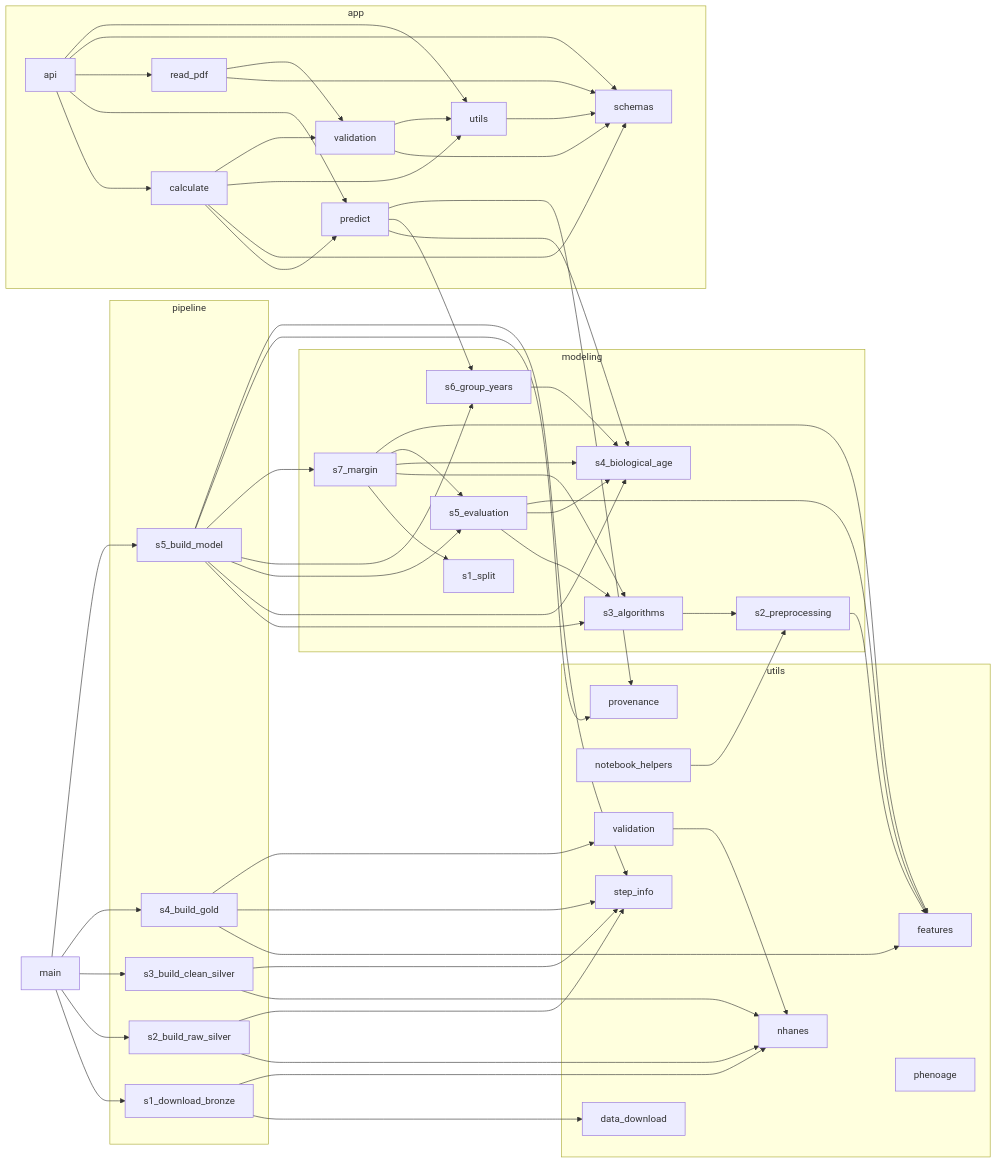
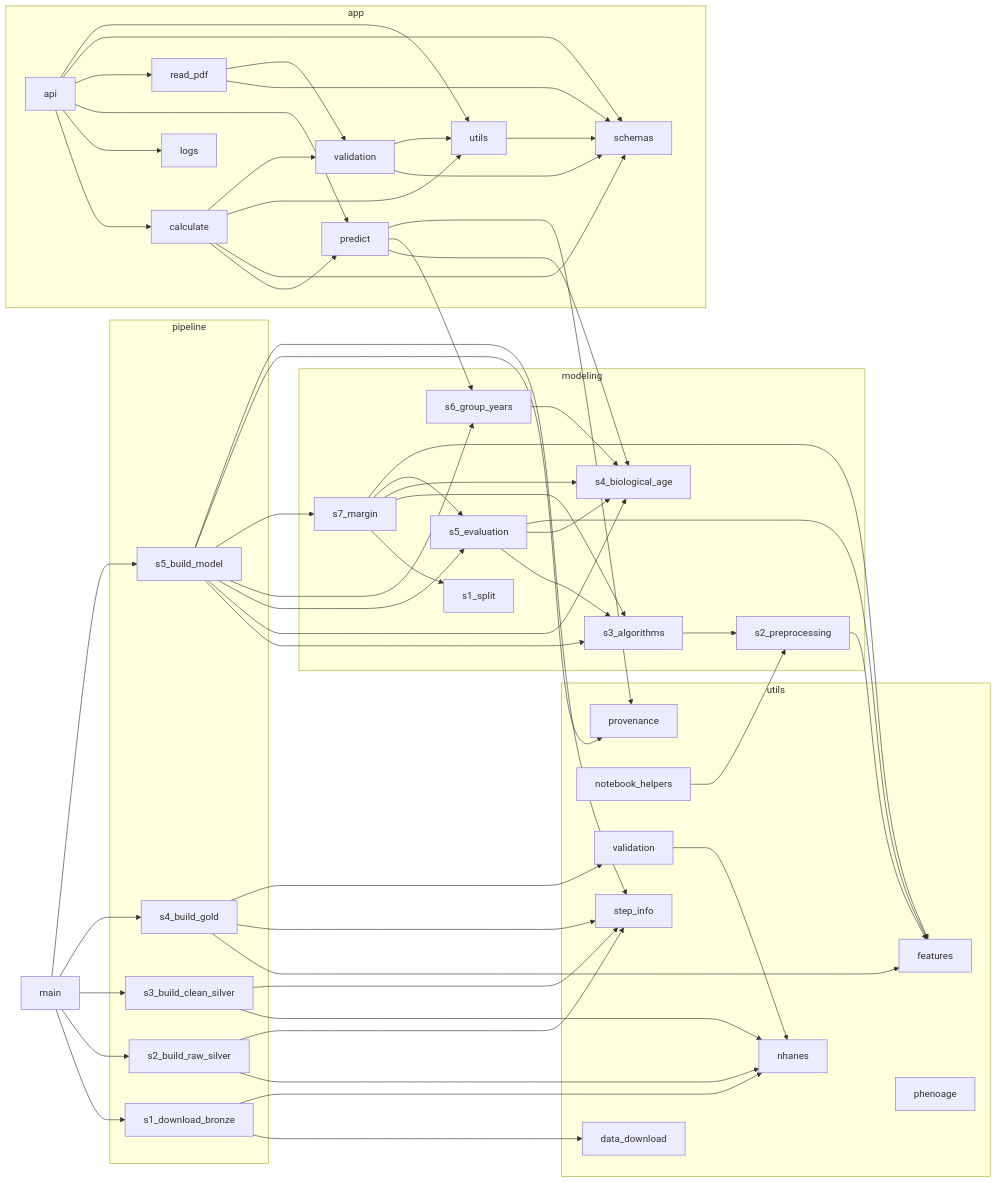
One commit to rubengil-dev/TFM---Evolve changed the diagram in docs/import_graph.md. Above: the diagram before and after it, drawn with Mermaid. The commit also changed 7 other files, not shown here.

```diff
--- a/docs/import_graph.md
+++ b/docs/import_graph.md
@@ -8,6 +8,7 @@
   subgraph app
     app_api[api]
     app_calculate[calculate]
+    app_logs[logs]
     app_predict[predict]
     app_read_pdf[read_pdf]
     app_schemas[schemas]
@@ -42,6 +43,7 @@
   end
   main[main]
   app_api --> app_calculate
+  app_api --> app_logs
   app_api --> app_predict
   app_api --> app_read_pdf
   app_api --> app_schemas
```
